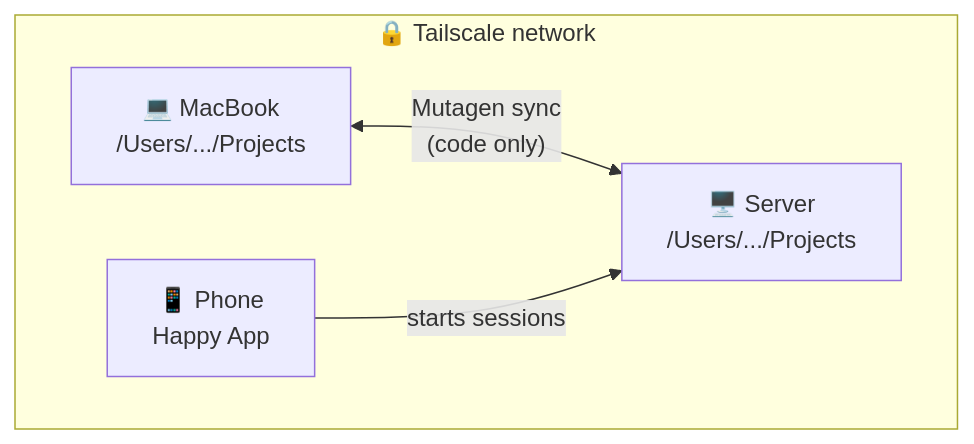
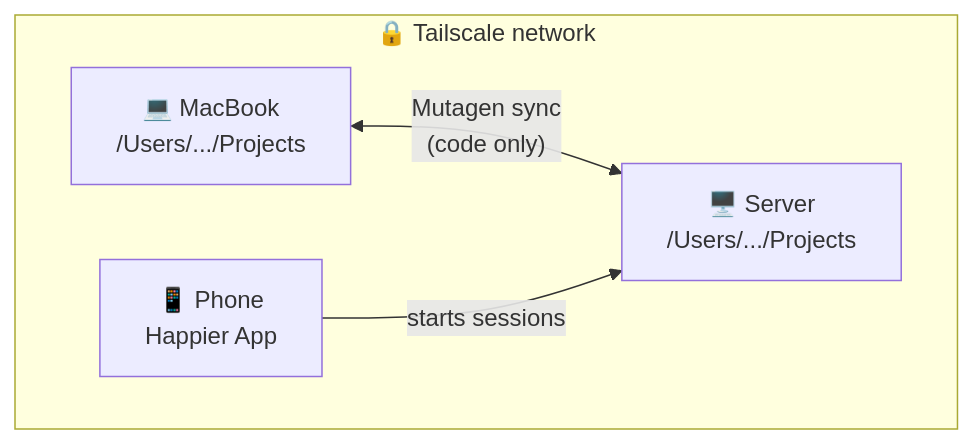
Before and after one commit to lucharo/always-on-claude: the first of 2 diagrams in README.md, drawn with Mermaid. The commit also changed other lines of this file and 1 other file, not shown here.

First line of the commit message:
docs: update README for Happier migration, bump to v2.0.0

````diff
--- a/README.md
+++ b/README.md
@@ -34,13 +34,13 @@
 ```mermaid
 flowchart TB
     subgraph Tailscale["🔒 Tailscale network"]
         direction LR
 
         MacBook["💻 MacBook<br/>/Users/.../Projects"]
         Server["🖥️ Server<br/>/Users/.../Projects"]
-        Phone["📱 Phone<br/>Happy App"]
+        Phone["📱 Phone<br/>Happier App"]
 
         MacBook <-->|"Mutagen sync<br/>(code only)"| Server
         Phone -->|"starts sessions"| Server
     end
 ```
````
